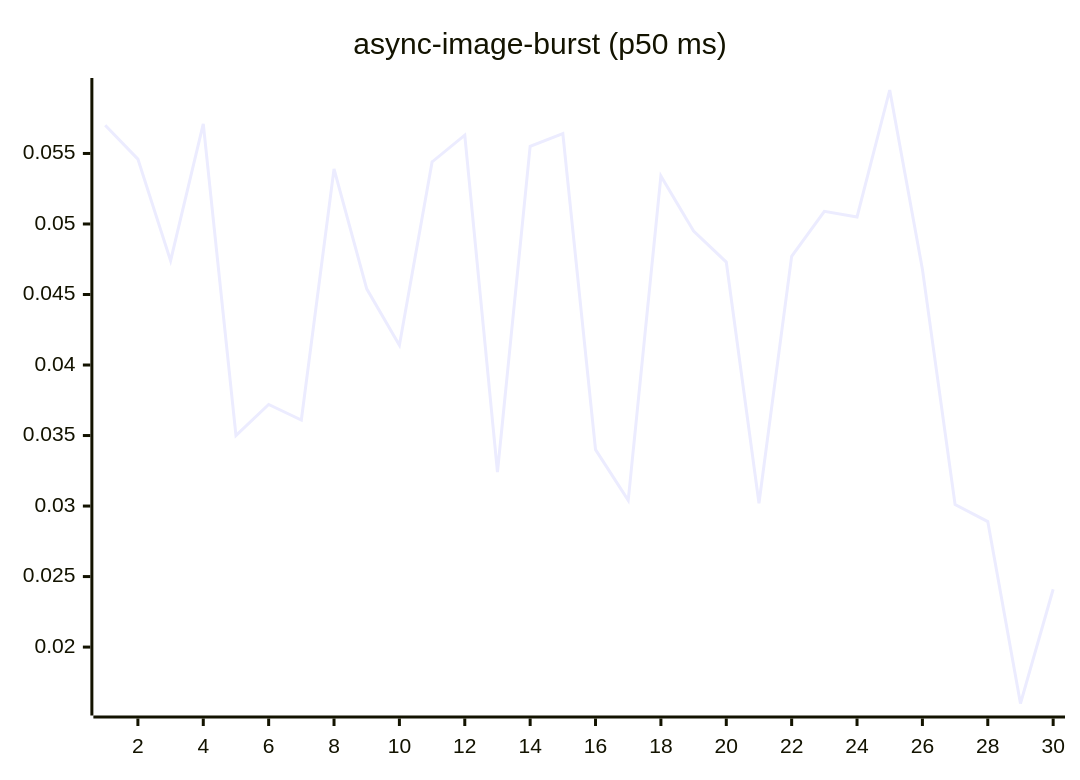
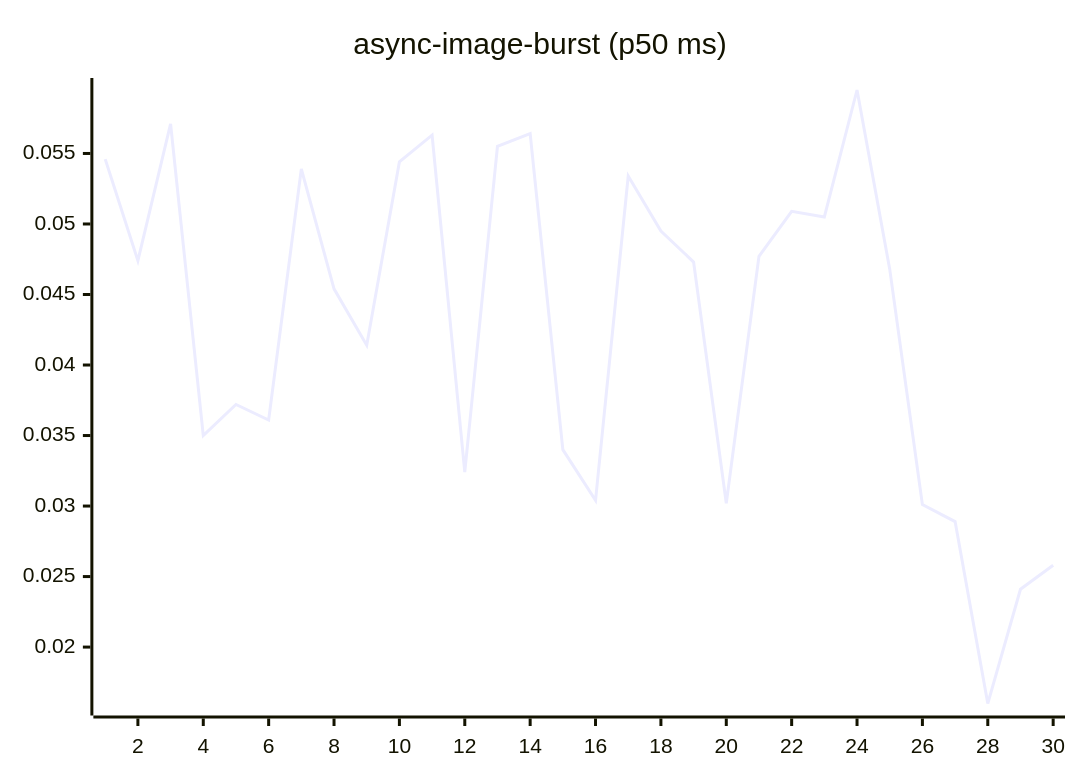
The fourth of 27 diagrams in README.md (josha/Facet), drawn with Mermaid before and after one commit. The commit also changed other lines of this file and 2 other files, not shown here.

````diff
--- a/README.md
+++ b/README.md
@@ -84,6 +84,6 @@
 ```mermaid
 xychart-beta
     title "async-image-burst (p50 ms)"
     x-axis 1 --> 30
-    line [0.0570, 0.0546, 0.0474, 0.0571, 0.0350, 0.0372, 0.0361, 0.0539, 0.0454, 0.0414, 0.0544, 0.0563, 0.0324, 0.0555, 0.0564, 0.0340, 0.0304, 0.0534, 0.0495, 0.0473, 0.0302, 0.0477, 0.0509, 0.0505, 0.0595, 0.0468, 0.0301, 0.0289, 0.0160, 0.0241]
+    line [0.0546, 0.0474, 0.0571, 0.0350, 0.0372, 0.0361, 0.0539, 0.0454, 0.0414, 0.0544, 0.0563, 0.0324, 0.0555, 0.0564, 0.0340, 0.0304, 0.0534, 0.0495, 0.0473, 0.0302, 0.0477, 0.0509, 0.0505, 0.0595, 0.0468, 0.0301, 0.0289, 0.0160, 0.0241, 0.0258]
 ```
````
